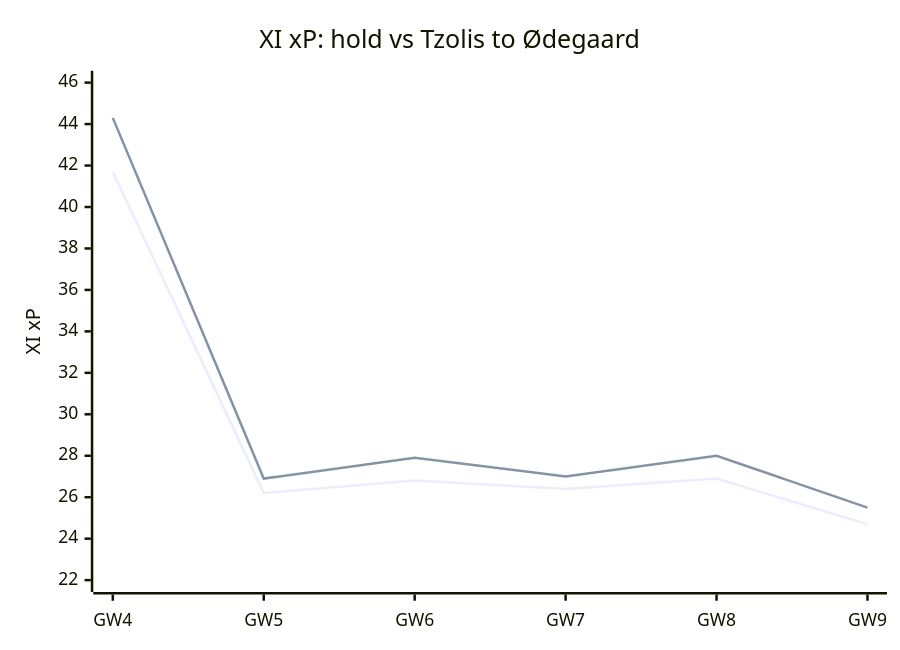
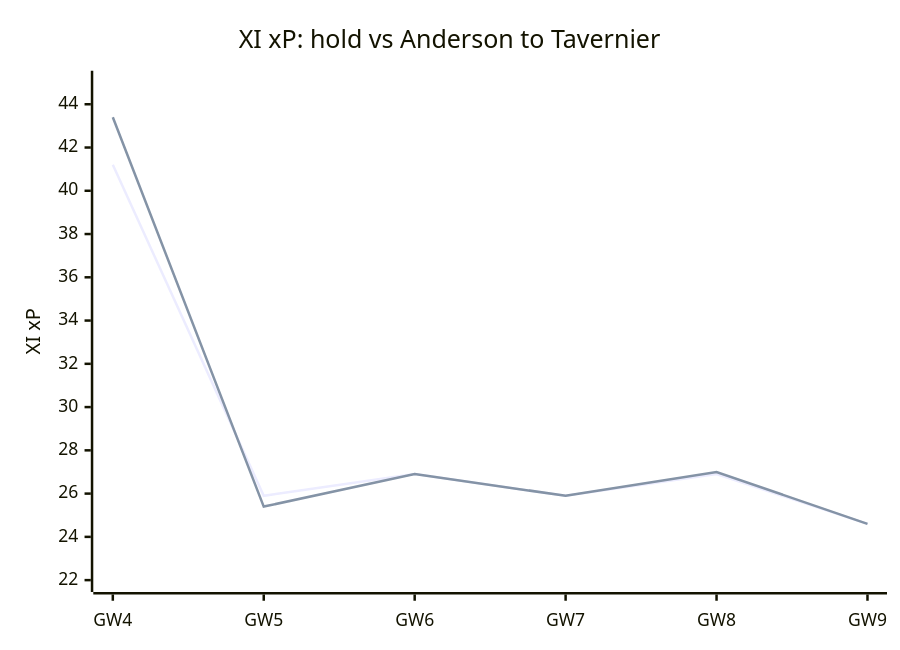
The first of 4 diagrams in reports/plan-gw4.md (domagojpoljancic/FPLexpert), drawn with Mermaid before and after one commit. The commit also changed other lines of this file and 2 other files, not shown here.

````diff
--- a/reports/plan-gw4.md
+++ b/reports/plan-gw4.md
@@ -18,8 +18,8 @@
 ```mermaid
 xychart-beta
-    title "XI xP: hold vs Tzolis to Ødegaard"
+    title "XI xP: hold vs Anderson to Tavernier"
     x-axis [GW4, GW5, GW6, GW7, GW8, GW9]
-    y-axis "XI xP" 22 --> 46
-    line [41.7, 26.2, 26.8, 26.4, 26.9, 24.7]
-    line [44.3, 26.9, 27.9, 27.0, 28.0, 25.5]
+    y-axis "XI xP" 22 --> 45
+    line [41.2, 25.9, 26.9, 25.9, 26.9, 24.6]
+    line [43.4, 25.4, 26.9, 25.9, 27.0, 24.6]
 ```
````
